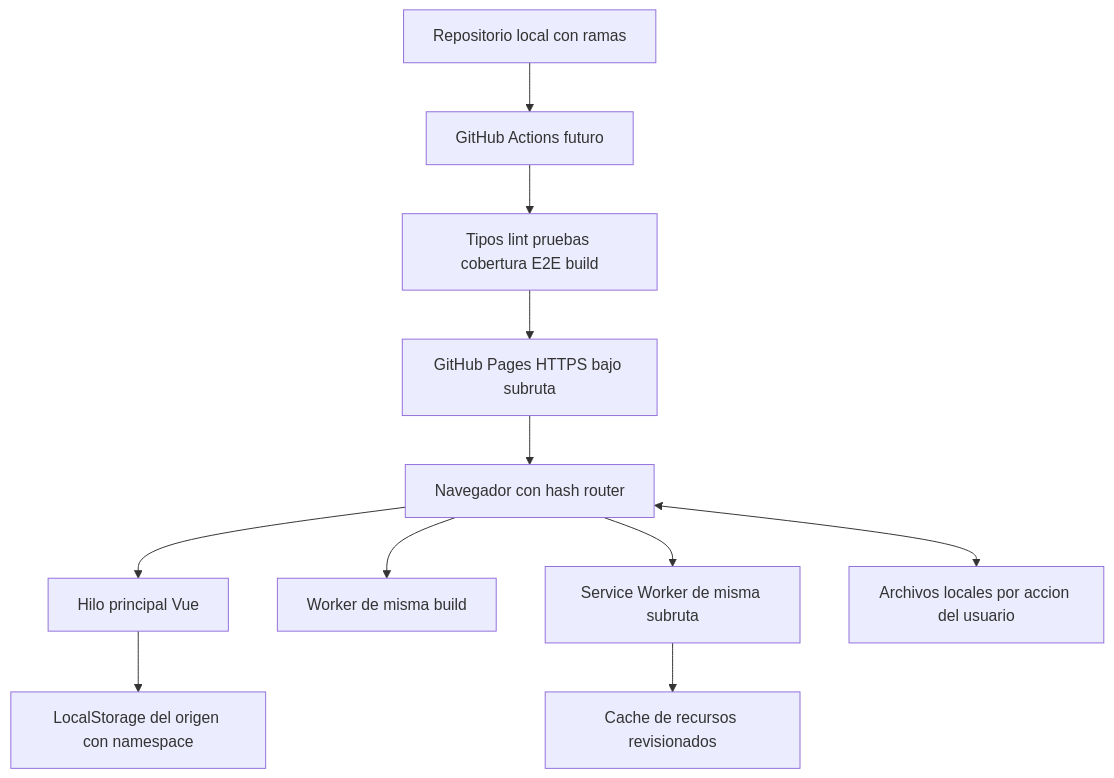
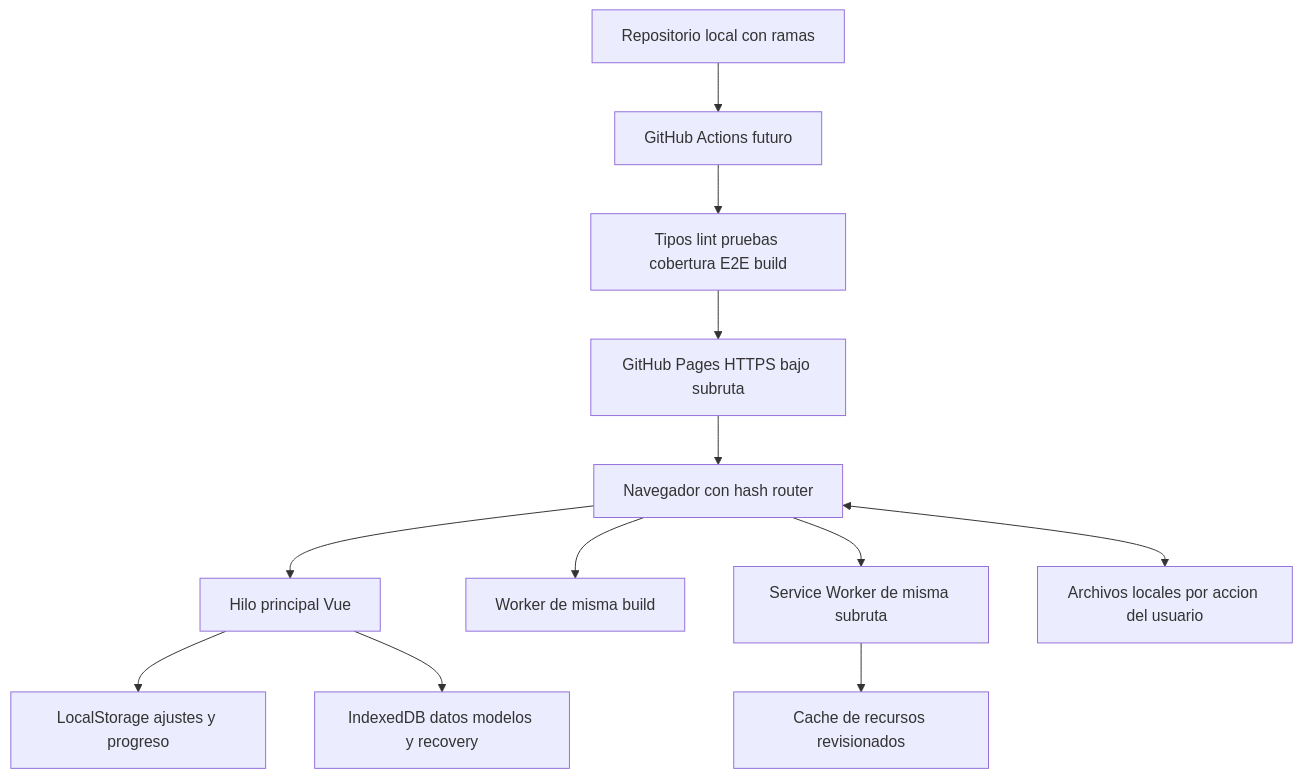
Diagram 11 of 26 in docs/15-diagramas.md (franmatias/neural-atlas), drawn with Mermaid before and after one commit. The commit also changed other lines of this file and 65 other files, not shown here.

Commit message:
docs: validate revised design diagrams and GitHub publication target

````diff
--- a/docs/15-diagramas.md
+++ b/docs/15-diagramas.md
@@ -305,13 +322,14 @@
 ```mermaid
 flowchart TB
   Git[Repositorio local con ramas] --> CI[GitHub Actions futuro]
   CI --> Check[Tipos lint pruebas cobertura E2E build]
   Check --> Pages[GitHub Pages HTTPS bajo subruta]
   Pages --> Browser[Navegador con hash router]
   Browser --> UI[Hilo principal Vue]
   Browser --> Worker[Worker de misma build]
   Browser --> SW[Service Worker de misma subruta]
-  UI --> LS[LocalStorage del origen con namespace]
+  UI --> LS[LocalStorage ajustes y progreso]
+  UI --> IDB[IndexedDB datos modelos y recovery]
   SW --> Cache[Cache de recursos revisionados]
   Browser <--> Files[Archivos locales por accion del usuario]
 ```
````
